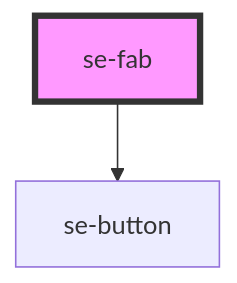
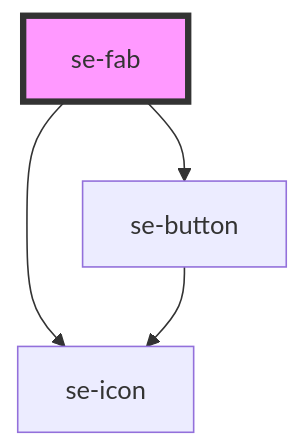
Before and after one commit to robbiemcmullense/se-web-ui: the diagram in src-core/src/components/fab/readme.md, drawn with Mermaid. The commit also changed other lines of this file and 115 other files, not shown here.

````diff
--- a/src-core/src/components/fab/readme.md
+++ b/src-core/src/components/fab/readme.md
@@ -38,5 +39,7 @@
 ```mermaid
 graph TD;
   se-fab --> se-button
+  se-fab --> se-icon
+  se-button --> se-icon
   style se-fab fill:#f9f,stroke:#333,stroke-width:4px
 ```
````
